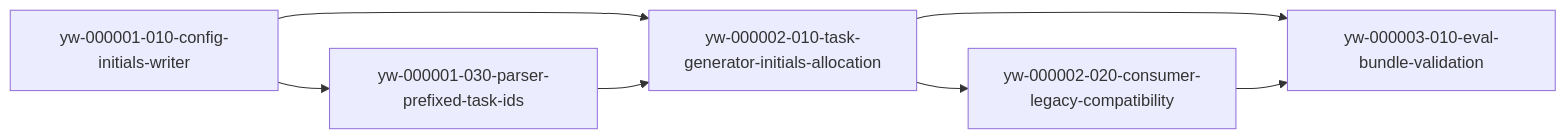
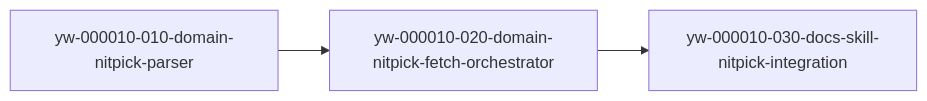
The first of 27 diagrams in tasks/dependency-graph.md (yongwoon/ywc-agent-toolkit), drawn with Mermaid before and after one commit. The commit also changed other lines of this file and 13 other files, not shown here.

````diff
--- a/tasks/dependency-graph.md
+++ b/tasks/dependency-graph.md
@@ -24,9 +16,5 @@
 ```mermaid
 graph LR
-  A[yw-000001-010-config-initials-writer] --> B[yw-000001-030-parser-prefixed-task-ids]
-  A --> C[yw-000002-010-task-generator-initials-allocation]
-  B --> C
-  C --> D[yw-000002-020-consumer-legacy-compatibility]
-  C --> E[yw-000003-010-eval-bundle-validation]
-  D --> E
+  A[yw-000010-010-domain-nitpick-parser] --> B[yw-000010-020-domain-nitpick-fetch-orchestrator]
+  B --> C[yw-000010-030-docs-skill-nitpick-integration]
 ```
````
